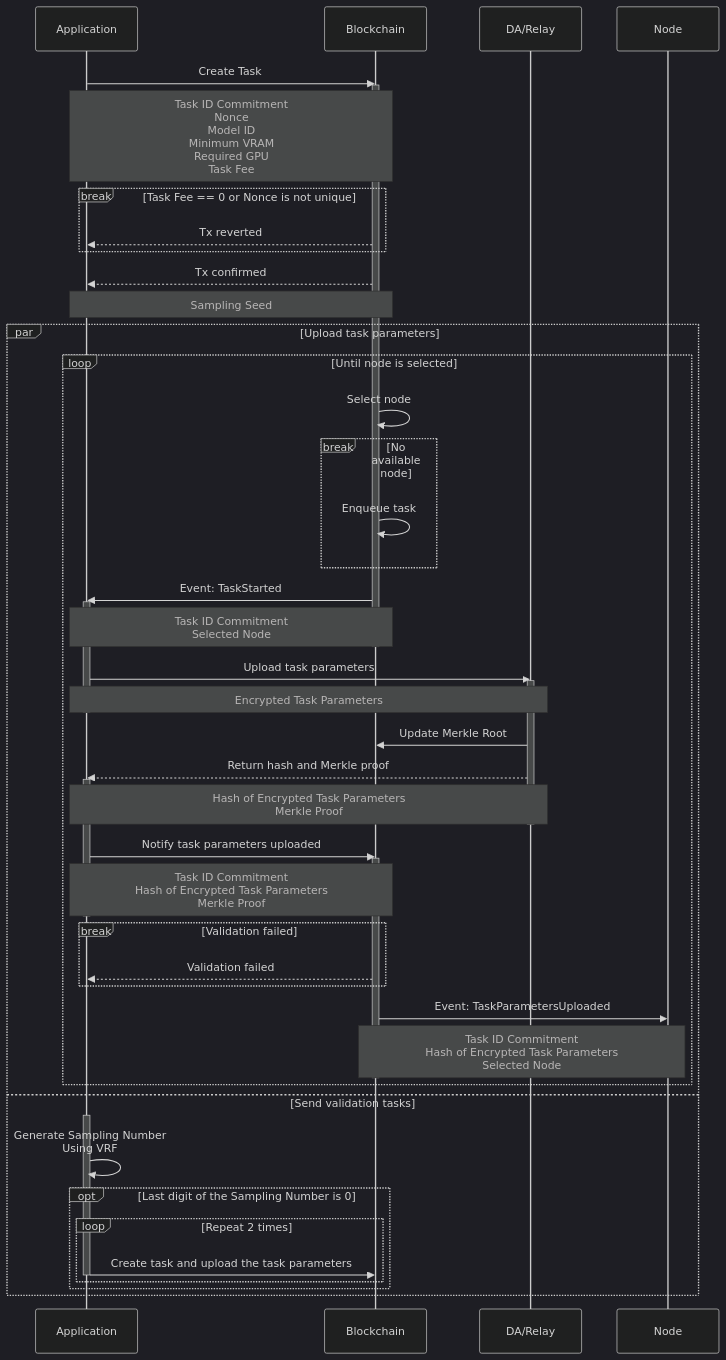
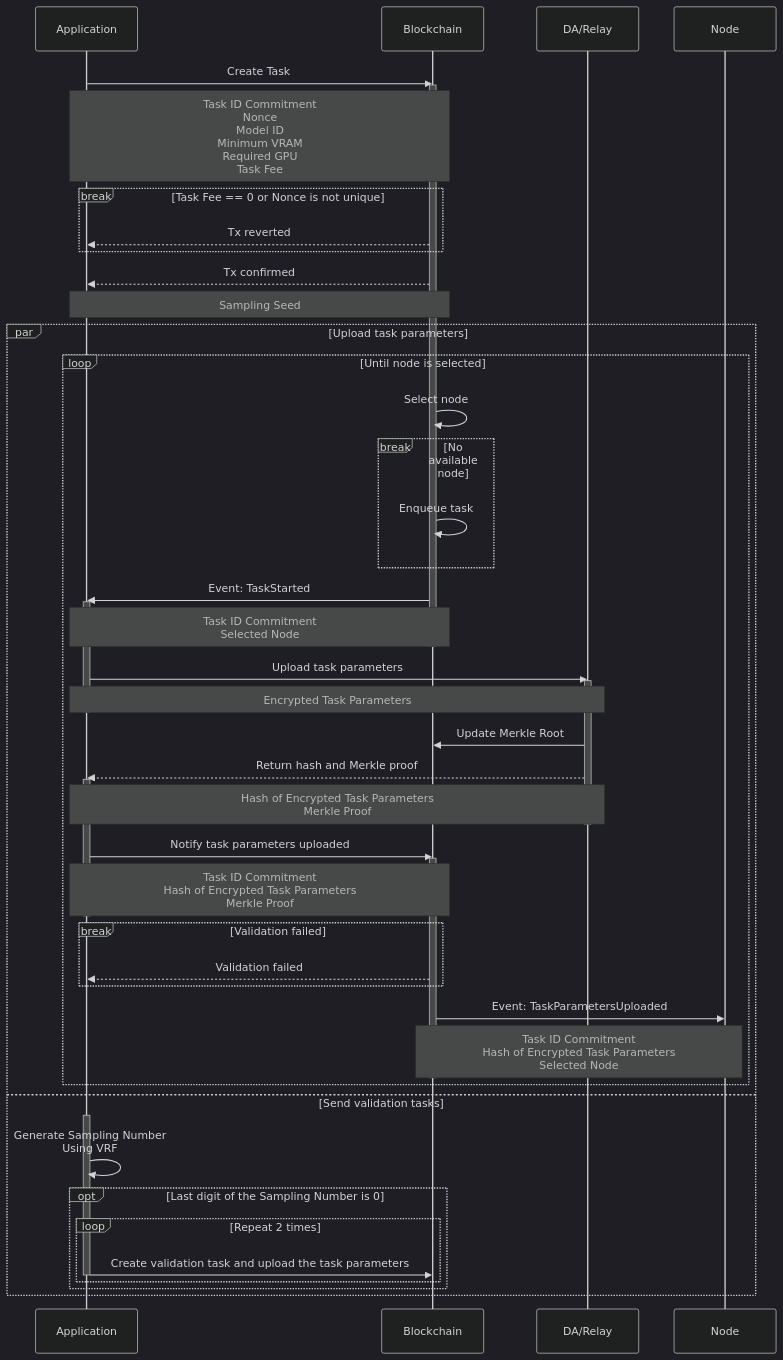
The first of 4 diagrams in gitbook/system-design/task-lifecycle.md (crynux-ai/documentation), drawn with Mermaid (dark theme) before and after one commit. The commit also changed 1 other file, not shown here.

Commit message:
GITBOOK-286: No subject

````diff
--- a/gitbook/system-design/task-lifecycle.md
+++ b/gitbook/system-design/task-lifecycle.md
@@ -97,63 +97,63 @@
 ```mermaid
 sequenceDiagram
     Participant A as Application
     Participant B as Blockchain
     Participant R as DA/Relay
     Participant N as Node
 
     A ->> B: Create Task
     activate B
     Note over A,B: Task ID Commitment<br/>Nonce<br/>Model ID<br/>Minimum VRAM<br/>Required GPU<br/>Task Fee
 
     break Task Fee == 0 or Nonce is not unique
         B -->> A: Tx reverted
     end
     
     B -->> A: Tx confirmed
     Note over A,B: Sampling Seed
 
     par Upload task parameters
 
         loop Until node is selected
             B ->> B: Select node
             
             break No available node
                 B ->> B: Enqueue task
             end
 
             B ->> A: Event: TaskStarted
             activate A
             Note over A,B: Task ID Commitment<br />Selected Node
             deactivate B
             A ->> R: Upload task parameters
             activate R
             note over A,R: Encrypted Task Parameters
             deactivate A
             R ->> B: Update Merkle Root
             R -->> A: Return hash and Merkle proof
             activate A
             note over A,R: Hash of Encrypted Task Parameters<br/>Merkle Proof
             deactivate R
             A ->> B: Notify task parameters uploaded
             activate B
             note over A,B: Task ID Commitment<br/>Hash of Encrypted Task Parameters<br/>Merkle Proof
             deactivate A
             break Validation failed
                 B -->> A: Validation failed
             end
             B ->> N: Event: TaskParametersUploaded
             note over B,N: Task ID Commitment<br/>Hash of Encrypted Task Parameters<br/>Selected Node
             deactivate B
         end
 
     and Send validation tasks
         activate A
         A ->> A: Generate Sampling Number<br/>Using VRF
         opt Last digit of the Sampling Number is 0
             loop Repeat 2 times
-                A ->> B: Create task and upload the task parameters
+                A ->> B: Create validation task and upload the task parameters
                 deactivate A
             end
         end    
     end
 ```
````
